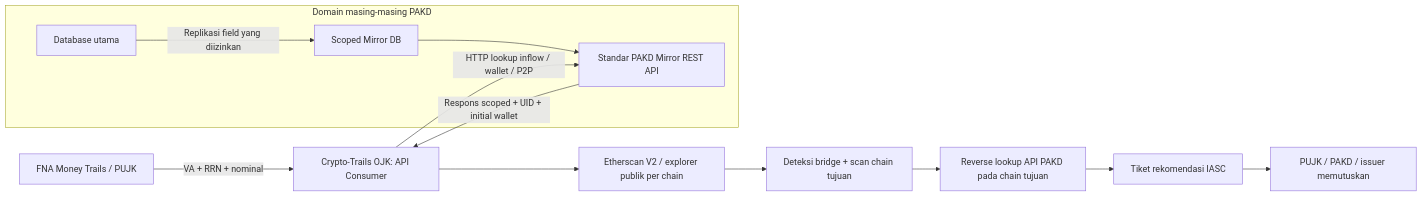
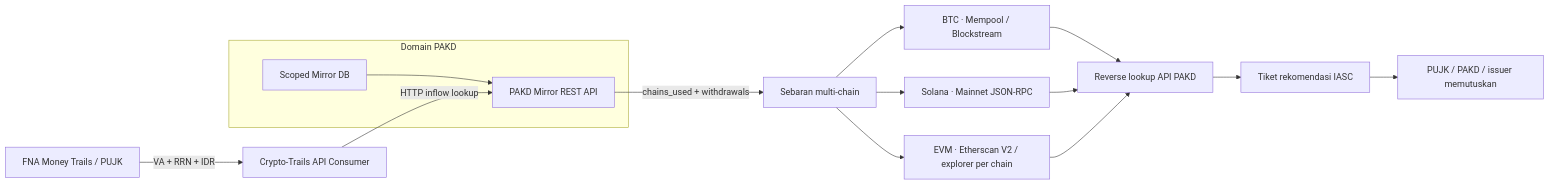
One commit to cesartputra/crypto-trails changed the diagram in README.md. Above: the diagram before and after it, drawn with Mermaid. The commit also changed other lines of this file and 21 other files, not shown here.

Commit message:
Add PAKD multi-chain dispersal, dedicated BTC/Solana scanners and guided dashboard

````diff
--- a/README.md
+++ b/README.md
@@ -7,15 +27,17 @@
 ```mermaid
 flowchart LR
-  F[FNA Money Trails / PUJK] -->|VA + RRN + nominal| C[Crypto-Trails OJK: API Consumer]
-  subgraph PAKD[Domain masing-masing PAKD]
-    D[Database utama] -->|Replikasi field yang diizinkan| M[Scoped Mirror DB]
-    M --> A[Standar PAKD Mirror REST API]
+  F[FNA Money Trails / PUJK] -->|VA + RRN + IDR| C[Crypto-Trails API Consumer]
+  subgraph P[Domain PAKD]
+    M[Scoped Mirror DB] --> A[PAKD Mirror REST API]
   end
-  C -->|HTTP lookup inflow / wallet / P2P| A
-  A -->|Respons scoped + UID + initial wallet| C
-  C --> E[Etherscan V2 / explorer publik per chain]
-  E --> B[Deteksi bridge + scan chain tujuan]
-  B --> R[Reverse lookup API PAKD pada chain tujuan]
+  C -->|HTTP inflow lookup| A
+  A -->|chains_used + withdrawals| D[Sebaran multi-chain]
+  D --> B[BTC · Mempool / Blockstream]
+  D --> S[Solana · Mainnet JSON-RPC]
+  D --> E[EVM · Etherscan V2 / explorer per chain]
+  B --> R[Reverse lookup API PAKD]
+  S --> R
+  E --> R
   R --> T[Tiket rekomendasi IASC]
   T --> I[PUJK / PAKD / issuer memutuskan]
 ```
````
